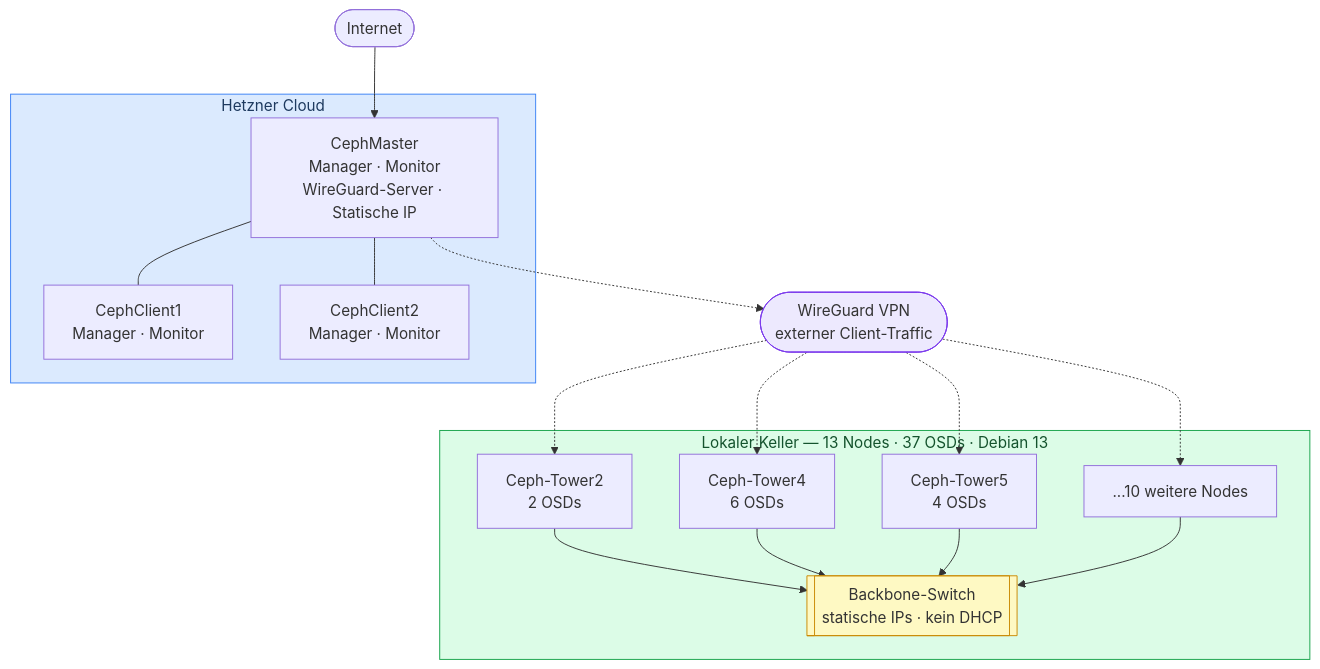
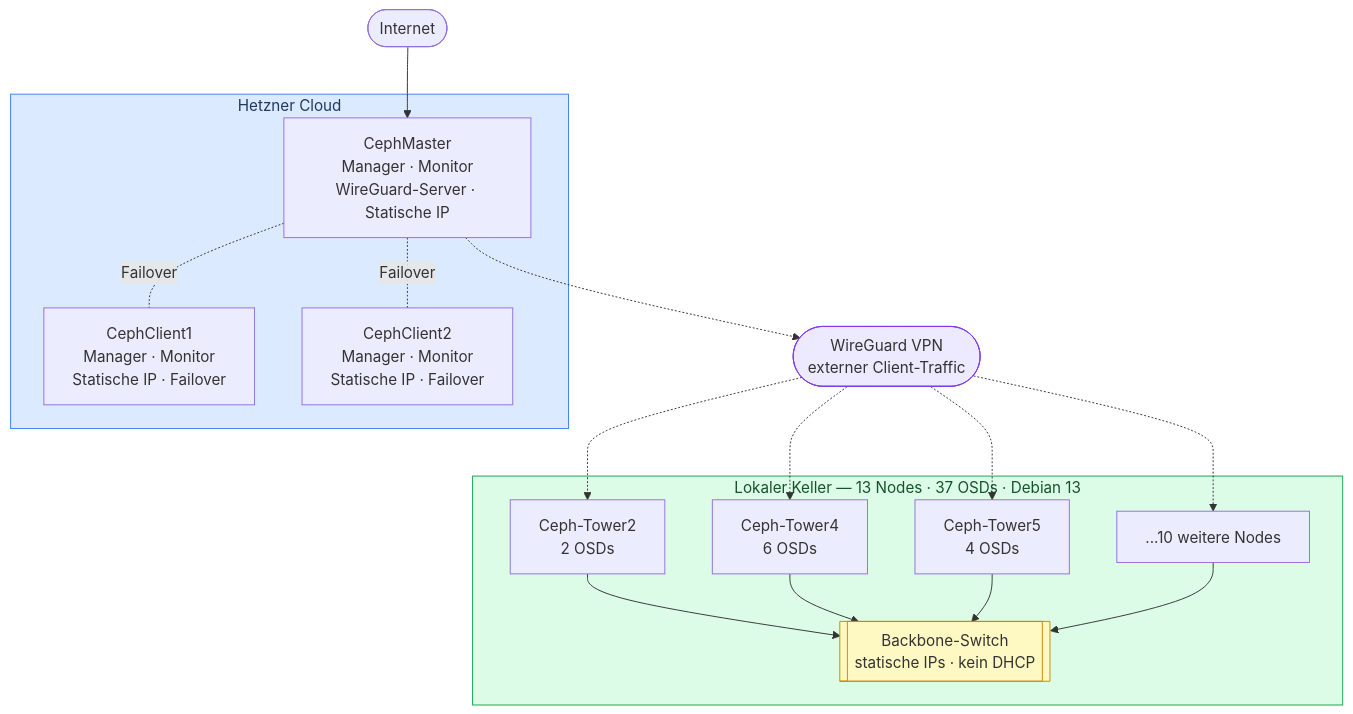
Before and after one commit to PhilippTheServer/ceph-cluster-on-a-budget: the diagram in README.md, drawn with Mermaid. The commit also changed other lines of this file, not shown here.

Commit message:
docs(README): rework network diagram cloud section

````diff
--- a/README.md
+++ b/README.md
@@ -85,32 +85,32 @@
 ```mermaid
 flowchart TB
     EXT(["Internet"])
 
     subgraph CLOUD["Hetzner Cloud"]
         CM["CephMaster\nManager · Monitor\nWireGuard-Server · Statische IP"]
-        CC1["CephClient1\nManager · Monitor"]
-        CC2["CephClient2\nManager · Monitor"]
-        CM --- CC1
-        CM --- CC2
+        CC1["CephClient1\nManager · Monitor\nStatische IP · Failover"]
+        CC2["CephClient2\nManager · Monitor\nStatische IP · Failover"]
+        CM -. "Failover" .- CC1
+        CM -. "Failover" .- CC2
     end
 
     VPN(["WireGuard VPN\nexterner Client-Traffic"])
 
     subgraph KELLER["Lokaler Keller  —  13 Nodes · 37 OSDs · Debian 13"]
         N1["Ceph-Tower2\n2 OSDs"]
         N2["Ceph-Tower4\n6 OSDs"]
         N3["Ceph-Tower5\n4 OSDs"]
         NX["...10 weitere Nodes"]
         SW[["Backbone-Switch\nstatische IPs · kein DHCP"]]
         N1 & N2 & N3 & NX --> SW
     end
 
     EXT --> CM
     CM -.-> VPN
     VPN -.-> N1 & N2 & N3 & NX
 
     style CLOUD fill:#dbeafe,stroke:#3b82f6,color:#1e3a5f
     style KELLER fill:#dcfce7,stroke:#16a34a,color:#14532d
     style VPN   fill:#ede9fe,stroke:#7c3aed
     style SW    fill:#fef9c3,stroke:#ca8a04
 ```
````
